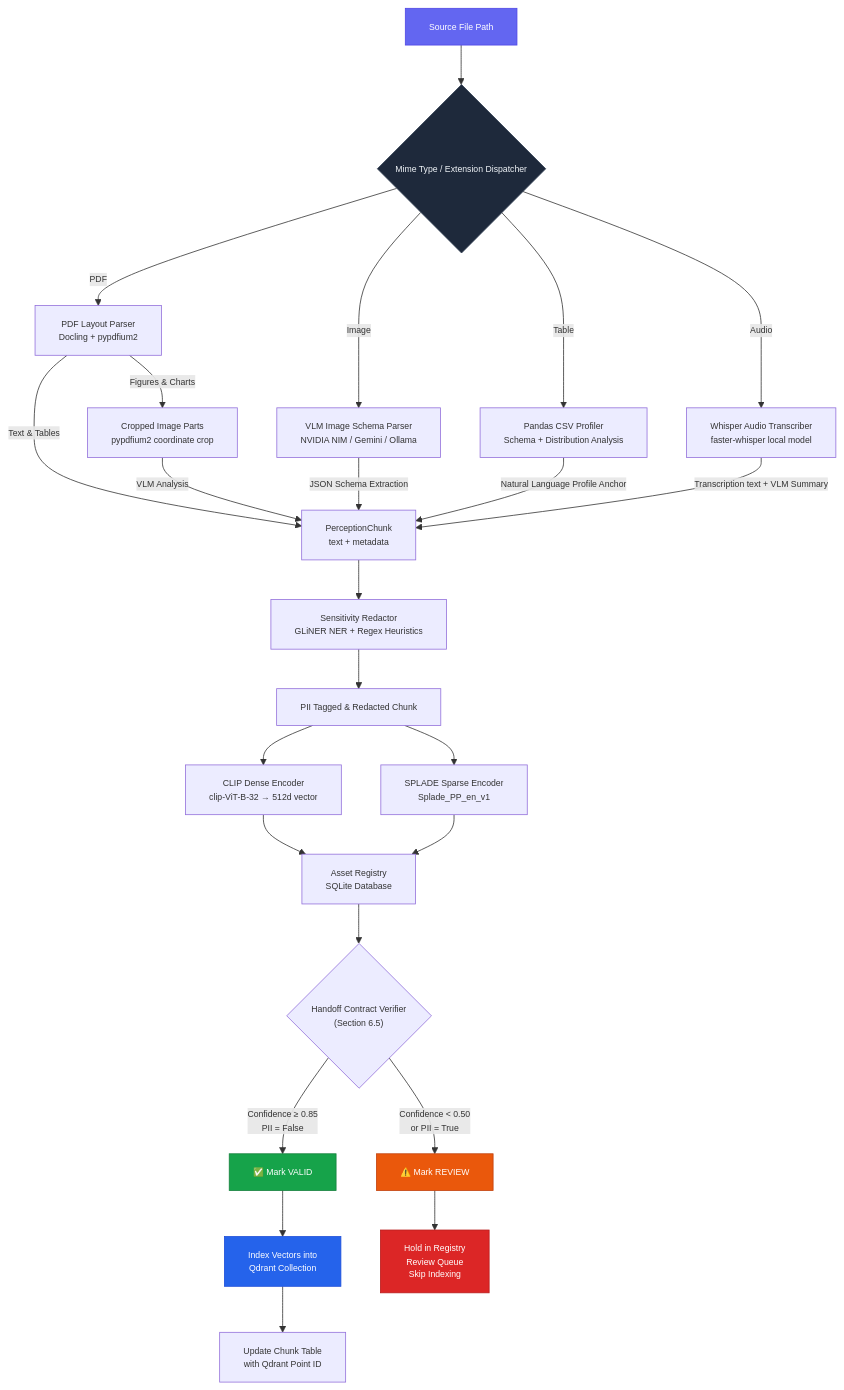
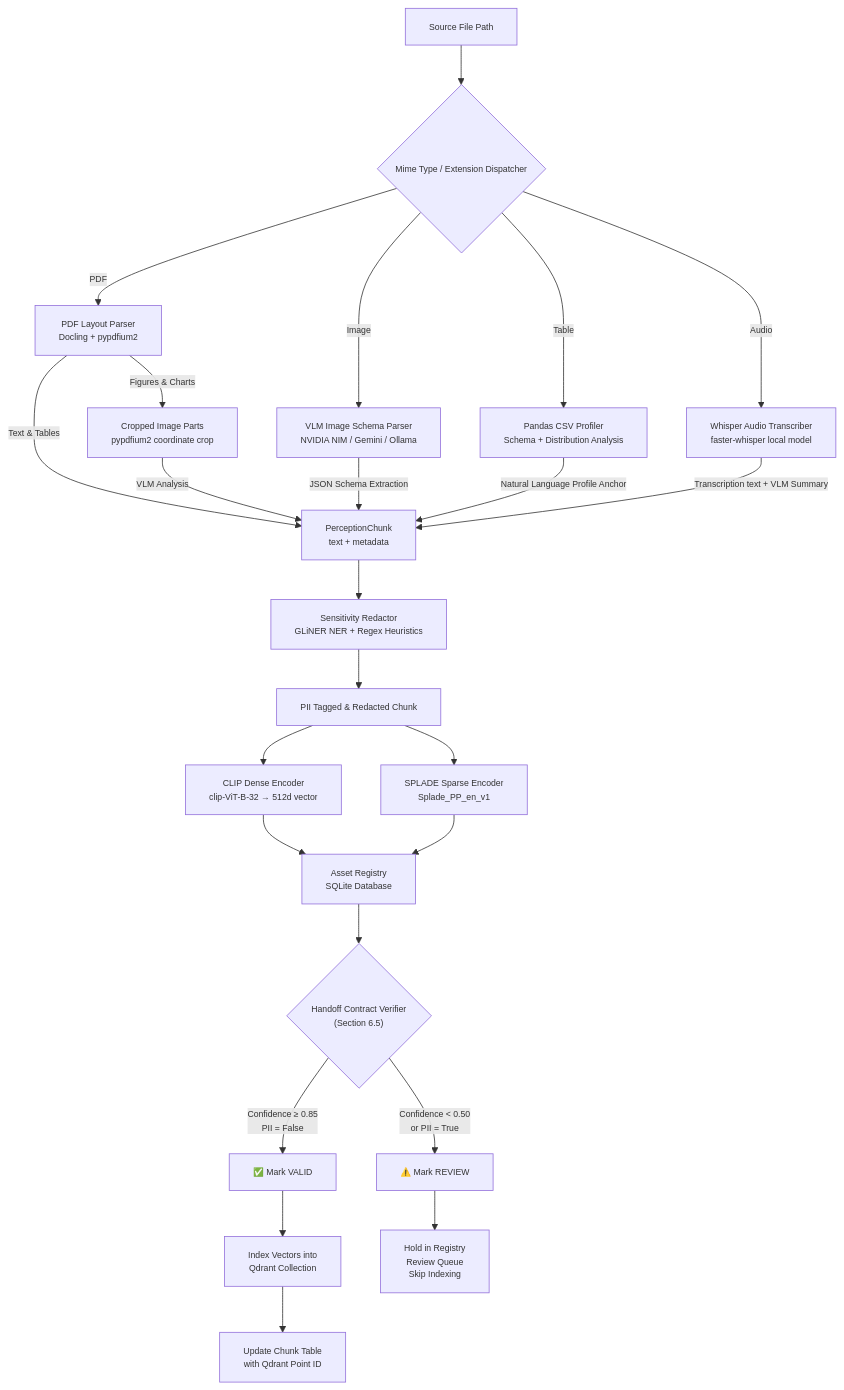
One commit to the-write-path-code/ch06-multimodal-perception changed the first of 5 diagrams in workflow/pipeline_flow.md. Above: the diagram before and after it, drawn with Mermaid. The commit also changed other lines of this file, not shown here.

Commit message:
Refactor pipeline flow diagram styling and syntax
Removed styling for various nodes in the pipeline flow diagram and updated the mermaid initialization syntax.

````diff
--- a/workflow/pipeline_flow.md
+++ b/workflow/pipeline_flow.md
@@ -13,52 +13,45 @@
 ```mermaid
 %%{init: {"themeVariables": {"fontFamily": "Arial, Helvetica, sans-serif", "fontSize": "11px", "actorFontSize": "11px", "noteFontSize": "10px", "messageFontSize": "10px"}}}%%
 graph TD
     %% Source File Input
     A["Source File Path"] --> B{"Mime Type / Extension Dispatcher"}
     
     %% Routing logic
     B -->|PDF| C1["PDF Layout Parser<br/>Docling + pypdfium2"]
     B -->|Image| C2["VLM Image Schema Parser<br/>NVIDIA NIM / Gemini / Ollama"]
     B -->|Table| C3["Pandas CSV Profiler<br/>Schema + Distribution Analysis"]
     B -->|Audio| C4["Whisper Audio Transcriber<br/>faster-whisper local model"]
     
     %% Processing and extraction
     C1 -->|"Text & Tables"| D1["PerceptionChunk<br/>text + metadata"]
     C1 -->|"Figures & Charts"| D2["Cropped Image Parts<br/>pypdfium2 coordinate crop"]
     D2 -->|"VLM Analysis"| D1
     
     C2 -->|"JSON Schema Extraction"| D1
     C3 -->|"Natural Language Profile Anchor"| D1
     C4 -->|"Transcription text + VLM Summary"| D1
     
     %% PII Scan
     D1 --> E["Sensitivity Redactor<br/>GLiNER NER + Regex Heuristics"]
     E --> F["PII Tagged & Redacted Chunk"]
     
     %% Embedding Step
     F --> G1["CLIP Dense Encoder<br/>clip-ViT-B-32 → 512d vector"]
     F --> G2["SPLADE Sparse Encoder<br/>Splade_PP_en_v1"]
     
     %% SQLite registry
     G1 & G2 --> H["Asset Registry<br/>SQLite Database"]
     
     %% Downstream validation
     H --> I{"Handoff Contract Verifier<br/>(Section 6.5)"}
     
     %% Action decisions
     I -->|"Confidence ≥ 0.85<br/>PII = False"| J1["✅ Mark VALID"]
     I -->|"Confidence < 0.50<br/>or PII = True"| J2["⚠️ Mark REVIEW"]
     
     %% Indexing
     J1 --> K["Index Vectors into<br/>Qdrant Collection"]
     K --> L["Update Chunk Table<br/>with Qdrant Point ID"]
     J2 --> M["Hold in Registry<br/>Review Queue<br/>Skip Indexing"]
 
-    %% Styling
-    style A fill:#6366f1,color:#fff,stroke:#4f46e5
-    style B fill:#1e293b,color:#f1f5f9,stroke:#334155
-    style J1 fill:#16a34a,color:#fff,stroke:#15803d
-    style J2 fill:#ea580c,color:#fff,stroke:#c2410c
-    style K fill:#2563eb,color:#fff,stroke:#1d4ed8
-    style M fill:#dc2626,color:#fff,stroke:#b91c1c
 ```
````
